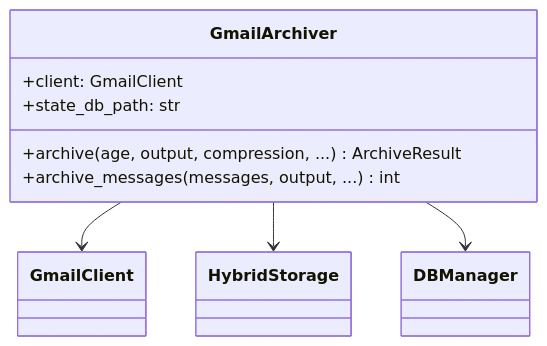
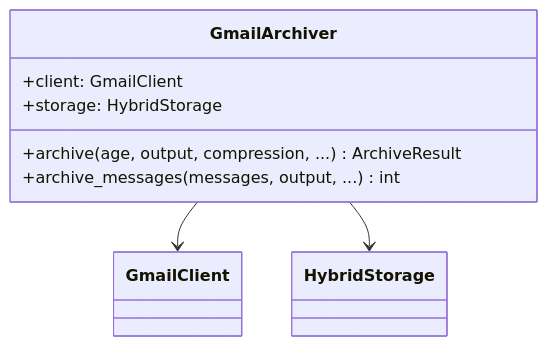
One commit to tumma72/GMailArchiver changed the second of 12 diagrams in src/gmailarchiver/core/ARCHITECTURE.md. Above: the diagram before and after it, drawn with Mermaid. The commit also changed other lines of this file and 4 other files, not shown here.

First line of the commit message:
feat(workflows): establish workflows module architecture

````diff
--- a/src/gmailarchiver/core/ARCHITECTURE.md
+++ b/src/gmailarchiver/core/ARCHITECTURE.md
@@ -26,12 +43,11 @@
 ```mermaid
 classDiagram
     class GmailArchiver {
         +client: GmailClient
-        +state_db_path: str
+        +storage: HybridStorage
         +archive(age, output, compression, ...) ArchiveResult
         +archive_messages(messages, output, ...) int
     }
     GmailArchiver --> GmailClient
     GmailArchiver --> HybridStorage
-    GmailArchiver --> DBManager
 ```
````
